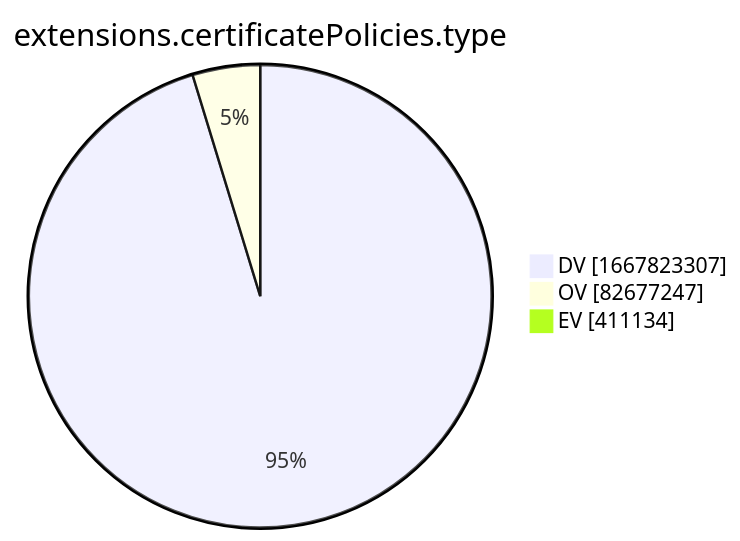
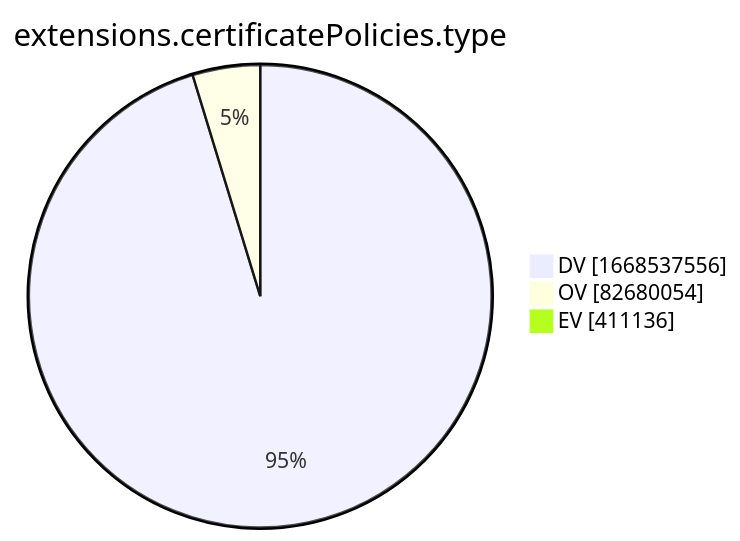
One commit to christiankrug/ctmonitor_visualization changed the tenth of 15 diagrams in xenon2022/README.md. Above: the diagram before and after it, drawn with Mermaid. The commit also changed other lines of this file, not shown here.

````diff
--- a/xenon2022/README.md
+++ b/xenon2022/README.md
@@ -2880,7 +2880,7 @@
 ```mermaid
 pie showData
 title extensions.certificatePolicies.type
-"DV" :1667823307
-"OV" :82677247
-"EV" :411134
+"DV" :1668537556
+"OV" :82680054
+"EV" :411136
 ```
````
